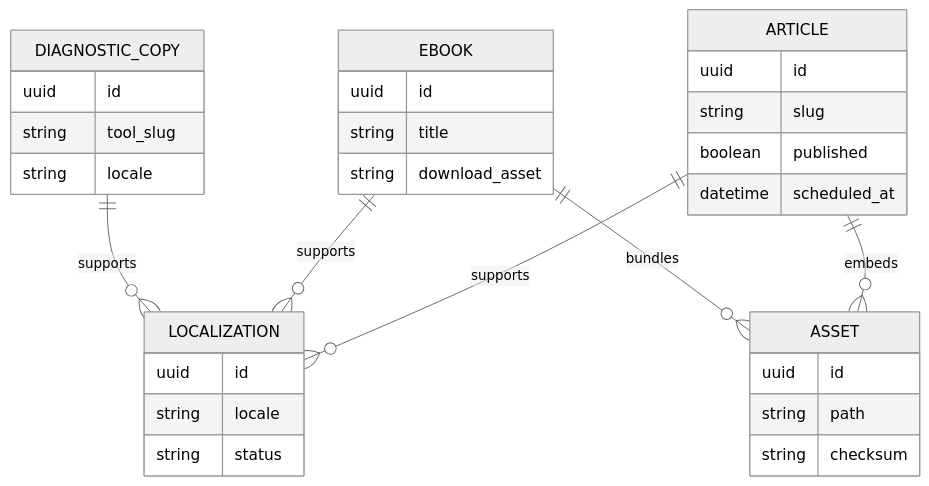
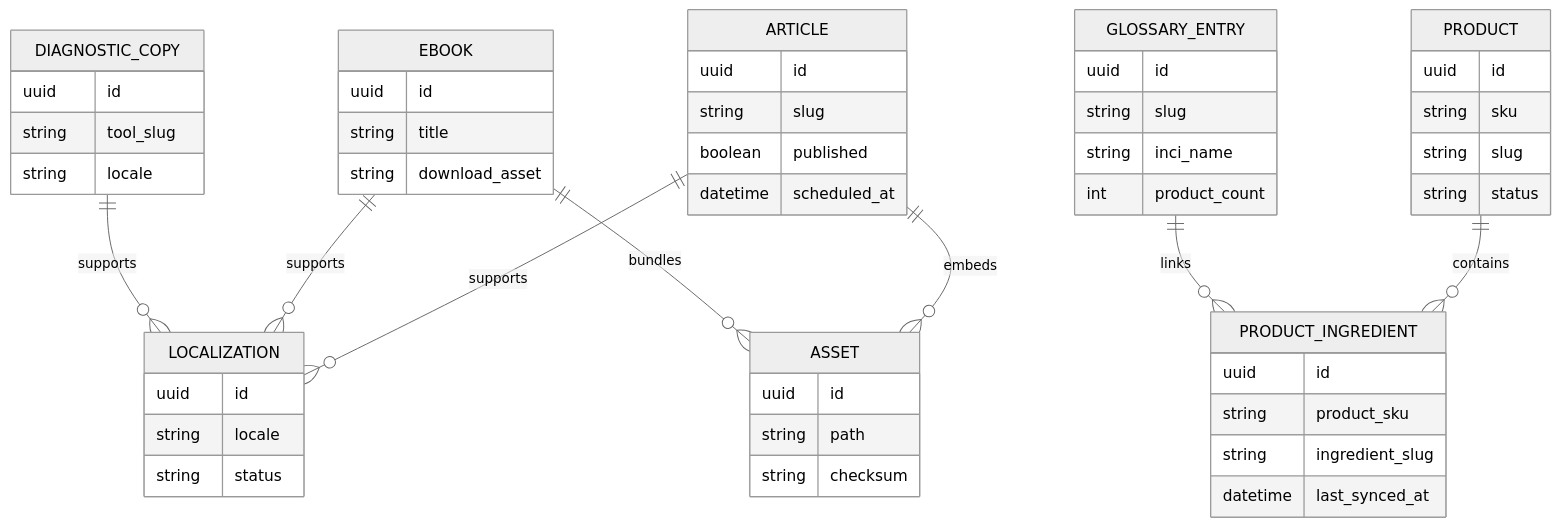
The diagram in docs/diagrams/adr-010-content-management-platform/data-lineage.mmd (marcelkenner/clarivum), drawn with Mermaid (neutral theme) before and after one commit. The commit also changed 101 other files, not shown here.

````diff
--- a/docs/diagrams/adr-010-content-management-platform/data-lineage.mmd
+++ b/docs/diagrams/adr-010-content-management-platform/data-lineage.mmd
@@ -1,34 +1,54 @@
 ```mermaid
 erDiagram
     ARTICLE {
         uuid id
         string slug
         boolean published
         datetime scheduled_at
     }
     EBOOK {
         uuid id
         string title
         string download_asset
     }
     DIAGNOSTIC_COPY {
         uuid id
         string tool_slug
         string locale
     }
     LOCALIZATION {
         uuid id
         string locale
         string status
     }
     ASSET {
         uuid id
         string path
         string checksum
     }
     ARTICLE ||--o{ LOCALIZATION : supports
     EBOOK ||--o{ LOCALIZATION : supports
     DIAGNOSTIC_COPY ||--o{ LOCALIZATION : supports
     ARTICLE ||--o{ ASSET : embeds
     EBOOK ||--o{ ASSET : bundles
+    GLOSSARY_ENTRY {
+        uuid id
+        string slug
+        string inci_name
+        int product_count
+    }
+    PRODUCT {
+        uuid id
+        string sku
+        string slug
+        string status
+    }
+    PRODUCT_INGREDIENT {
+        uuid id
+        string product_sku
+        string ingredient_slug
+        datetime last_synced_at
+    }
+    PRODUCT ||--o{ PRODUCT_INGREDIENT : contains
+    GLOSSARY_ENTRY ||--o{ PRODUCT_INGREDIENT : links
 ```
````
